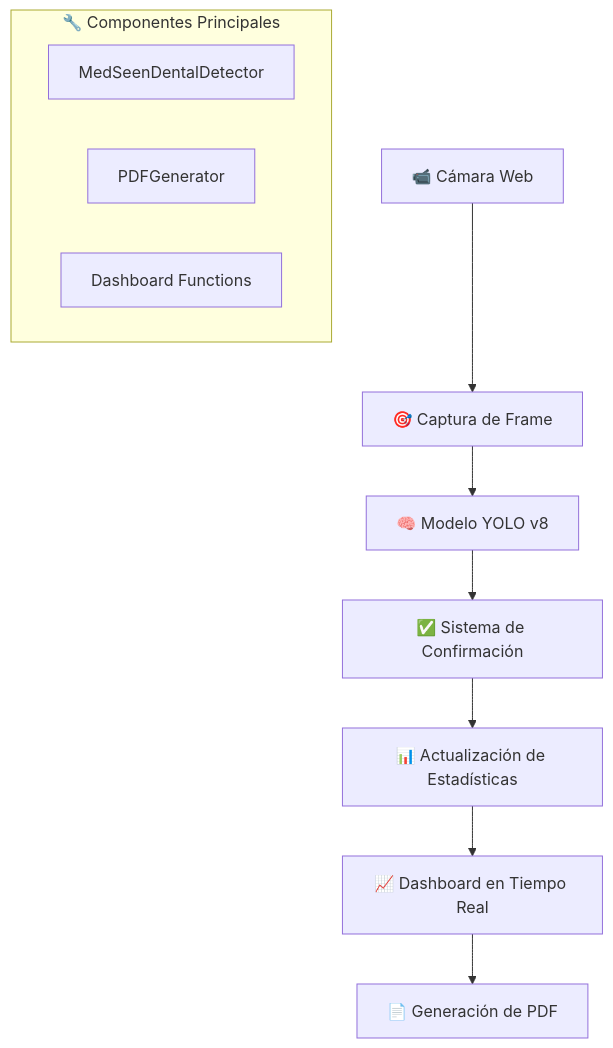
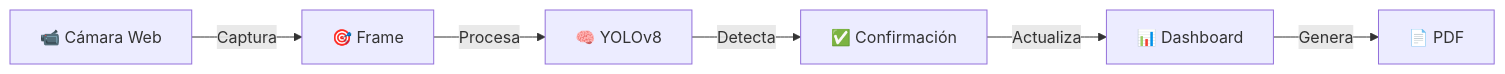
One commit to Vaquera26/MedSeen_IA changed the diagram in README.md. Above: the diagram before and after it, drawn with Mermaid. The commit also changed other lines of this file, not shown here.

````diff
--- a/README.md
+++ b/README.md
@@ -164,15 +319,8 @@
 ```mermaid
-graph TB
-    A[📹 Cámara Web] --> B[🎯 Captura de Frame]
-    B --> C[🧠 Modelo YOLO v8]
-    C --> D[✅ Sistema de Confirmación]
-    D --> E[📊 Actualización de Estadísticas]
-    E --> F[📈 Dashboard en Tiempo Real]
-    F --> G[📄 Generación de PDF]
-    
-    subgraph "🔧 Componentes Principales"
-        H[MedSeenDentalDetector]
-        I[PDFGenerator]
-        J[Dashboard Functions]
-    end
+graph LR
+    A[📹 Cámara Web] -->|Captura| B[🎯 Frame]
+    B -->|Procesa| C[🧠 YOLOv8]
+    C -->|Detecta| D[✅ Confirmación]
+    D -->|Actualiza| E[📊 Dashboard]
+    E -->|Genera| F[📄 PDF]
 ```
````
